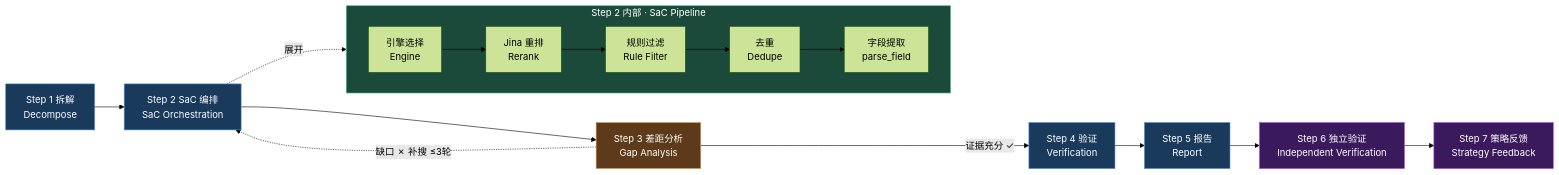
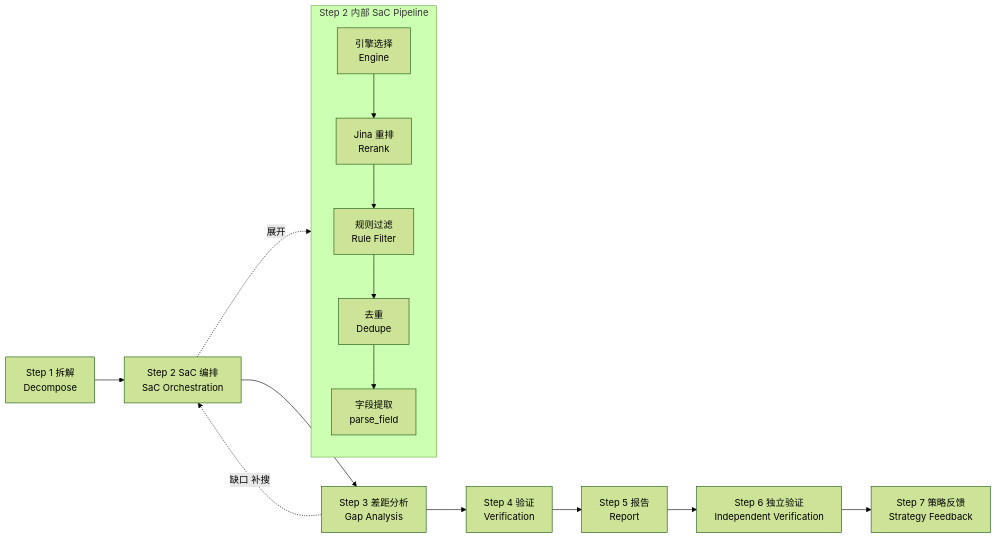
One commit to yangclay/david-skill-deep-research changed the diagram in README.md. Above: the diagram before and after it, drawn with Mermaid (forest theme).

Commit message:
fix: mermaid syntax for GitHub compat (graph not flowchart, remove direction/style)

````diff
--- a/README.md
+++ b/README.md
@@ -26,28 +26,19 @@
 ```mermaid
-flowchart LR
+graph LR
     S1["Step 1 拆解<br/>Decompose"] --> S2["Step 2 SaC 编排<br/>SaC Orchestration"]
     S2 --> S3["Step 3 差距分析<br/>Gap Analysis"]
-    S3 -->|"证据充分 ✓"| S4["Step 4 验证<br/>Verification"]
+    S3 --> S4["Step 4 验证<br/>Verification"]
     S4 --> S5["Step 5 报告<br/>Report"]
     S5 --> S6["Step 6 独立验证<br/>Independent Verification"]
     S6 --> S7["Step 7 策略反馈<br/>Strategy Feedback"]
 
-    subgraph PIPE["Step 2 内部 · SaC Pipeline"]
-        direction LR
+    subgraph PIPE["Step 2 内部 SaC Pipeline"]
         E1["引擎选择<br/>Engine"] --> E2["Jina 重排<br/>Rerank"]
-        E2 --> E3["规则过滤<br/>Rule Filter"] --> E4["去重<br/>Dedupe"]
+        E2 --> E3["规则过滤<br/>Rule Filter"]
+        E3 --> E4["去重<br/>Dedupe"]
         E4 --> E5["字段提取<br/>parse_field"]
     end
 
     S2 -. "展开" .-> PIPE
-    S3 -. "缺口 ✗ 补搜 ≤3轮" .-> S2
-
-    style S1 fill:#1a3a5c,stroke:#4a90d9,color:#fff
-    style S2 fill:#1a3a5c,stroke:#4a90d9,color:#fff
-    style S3 fill:#5c3a1a,stroke:#d9a04a,color:#fff
-    style S4 fill:#1a3a5c,stroke:#4a90d9,color:#fff
-    style S5 fill:#1a3a5c,stroke:#4a90d9,color:#fff
-    style S6 fill:#3a1a5c,stroke:#a04ad9,color:#fff
-    style S7 fill:#3a1a5c,stroke:#a04ad9,color:#fff
-    style PIPE fill:#1c4a3a,stroke:#4ac9a0,color:#fff
+    S3 -. "缺口 补搜" .-> S2
 ```
````
